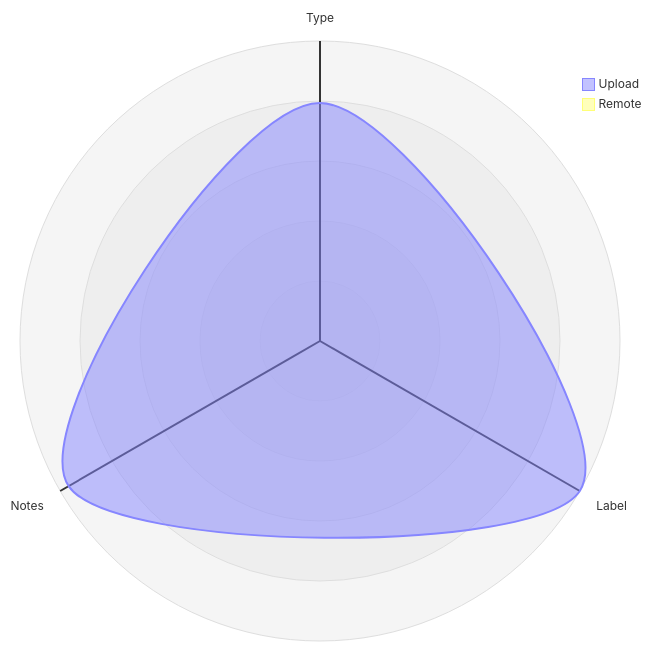
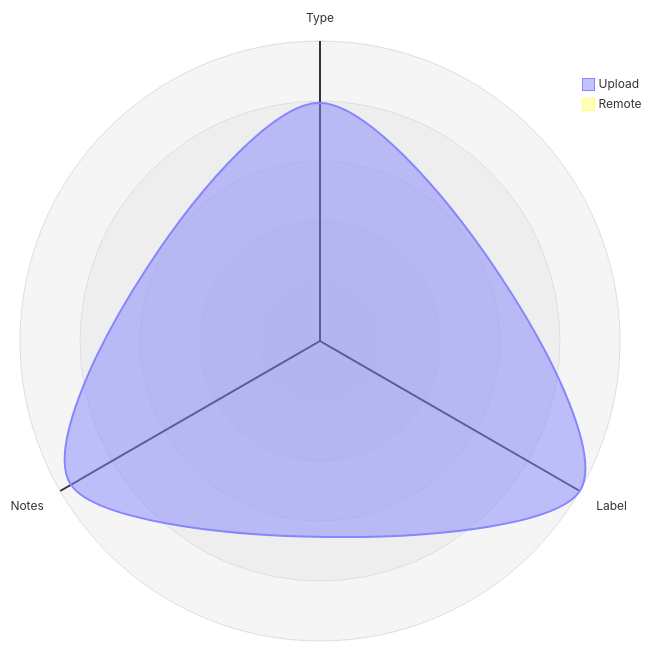
Before and after one commit to open-data/analytics-corporate-reporting: the third of 5 diagrams in datastore_tracker/README.md, drawn with Mermaid. The commit also changed other lines of this file and 8 other files, not shown here.

````diff
--- a/datastore_tracker/README.md
+++ b/datastore_tracker/README.md
@@ -104,12 +104,12 @@
 ```mermaid
 radar-beta
   axis T["Type"], L["Label"], N["Notes"]
-  curve u["Upload"]{0.00073, 0.00092, 0.00089}
+  curve u["Upload"]{0.00077, 0.00097, 0.00093}
   curve r["Remote"]{0, 0, 0}
 
   showLegend true
 
   min 0
   graticule circle
   ticks 5
 ```
````
